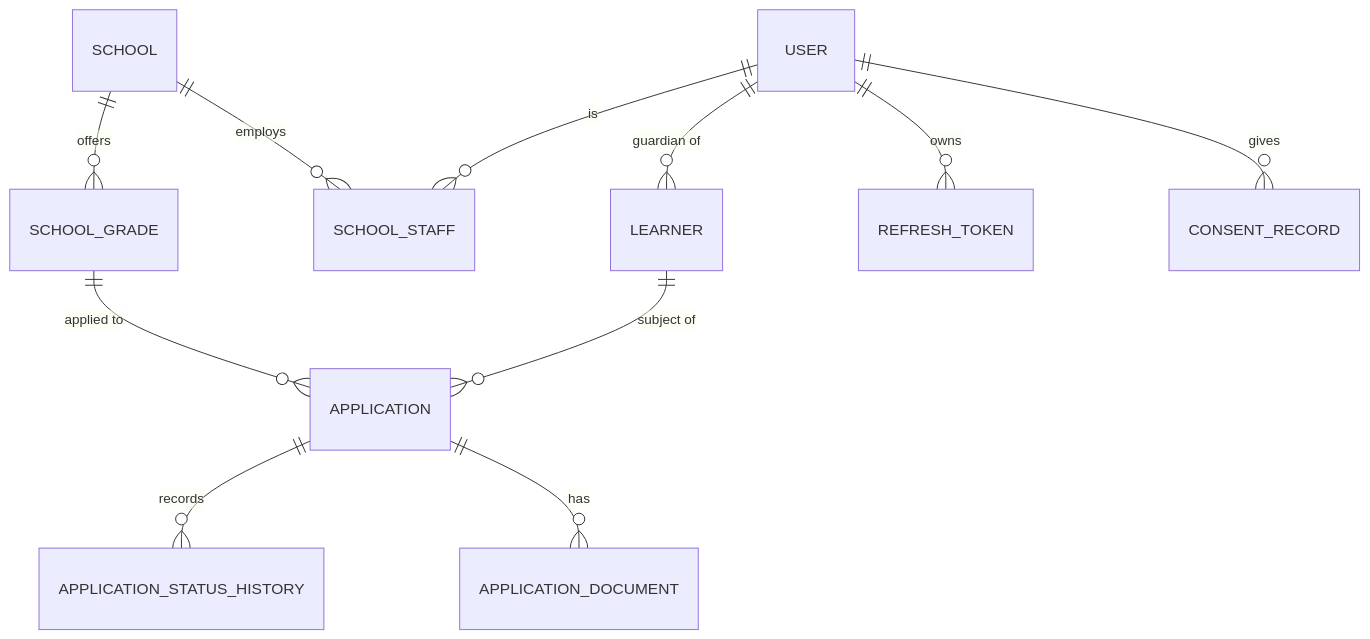
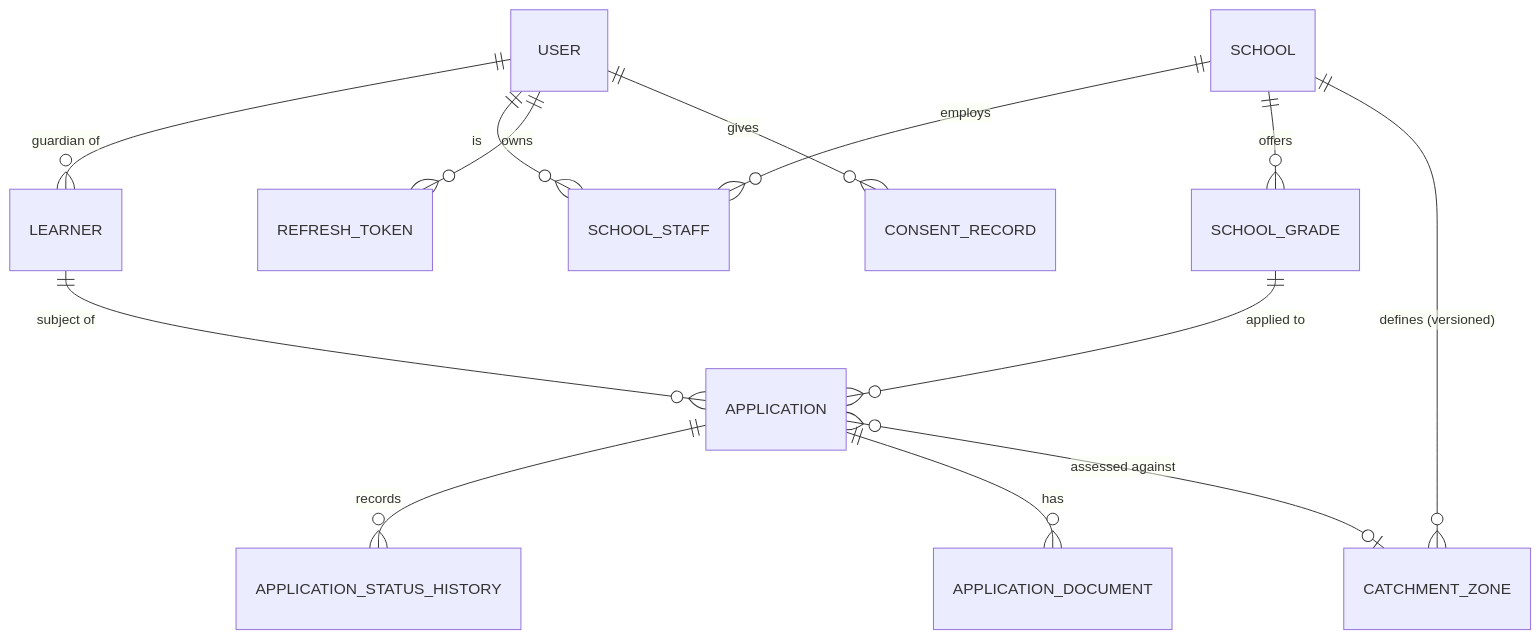
One commit to andile593/EduGate changed the third of 4 diagrams in README.md. Above: the diagram before and after it, drawn with Mermaid. The commit also changed other lines of this file, not shown here.

Commit message:
docs: add catchment/feeder zone design

````diff
--- a/README.md
+++ b/README.md
@@ -106,13 +105,15 @@
 ```mermaid
 erDiagram
     USER ||--o{ LEARNER : "guardian of"
     USER ||--o{ SCHOOL_STAFF : "is"
     SCHOOL ||--o{ SCHOOL_STAFF : "employs"
     SCHOOL ||--o{ SCHOOL_GRADE : "offers"
     LEARNER ||--o{ APPLICATION : "subject of"
     SCHOOL_GRADE ||--o{ APPLICATION : "applied to"
     APPLICATION ||--o{ APPLICATION_STATUS_HISTORY : "records"
     APPLICATION ||--o{ APPLICATION_DOCUMENT : "has"
     USER ||--o{ REFRESH_TOKEN : "owns"
     USER ||--o{ CONSENT_RECORD : "gives"
+    SCHOOL ||--o{ CATCHMENT_ZONE : "defines (versioned)"
+    APPLICATION }o--o| CATCHMENT_ZONE : "assessed against"
 ```
````
